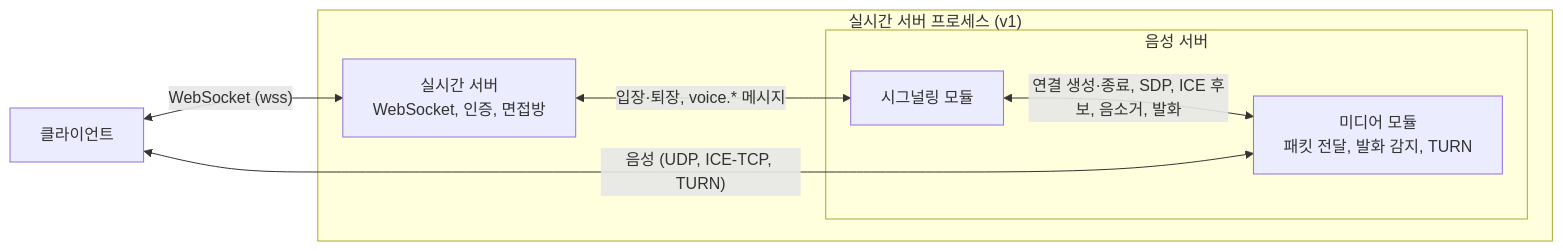
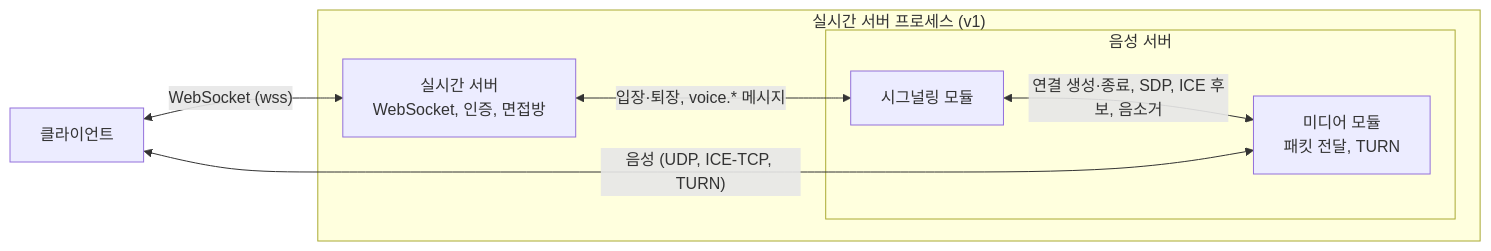
One commit to depromeet/19th-team5-server changed the first of 3 diagrams in docs/design/voice.md. Above: the diagram before and after it, drawn with Mermaid. The commit also changed other lines of this file and 5 other files, not shown here.

````diff
--- a/docs/design/voice.md
+++ b/docs/design/voice.md
@@ -33,15 +33,15 @@
 ```mermaid
 flowchart LR
     C["클라이언트"]
     subgraph P["실시간 서버 프로세스 (v1)"]
         R["실시간 서버<br/>WebSocket, 인증, 면접방"]
         subgraph V["음성 서버"]
             S["시그널링 모듈"]
-            M["미디어 모듈<br/>패킷 전달, 발화 감지, TURN"]
+            M["미디어 모듈<br/>패킷 전달, TURN"]
         end
     end
     C <-->|"WebSocket (wss)"| R
     R <-->|"입장·퇴장, voice.* 메시지"| S
-    S <-->|"연결 생성·종료, SDP, ICE 후보, 음소거, 발화"| M
+    S <-->|"연결 생성·종료, SDP, ICE 후보, 음소거"| M
     C <-->|"음성 (UDP, ICE-TCP, TURN)"| M
 ```
````
